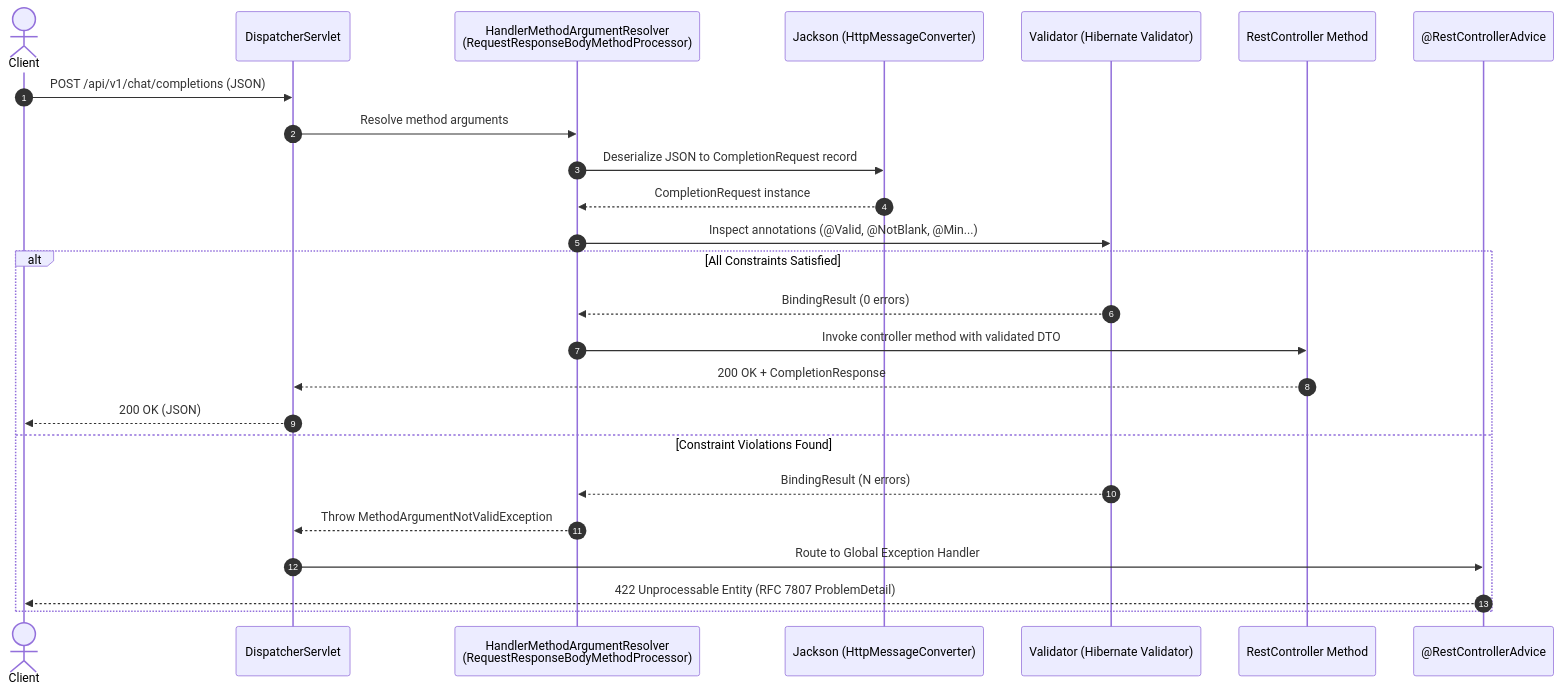
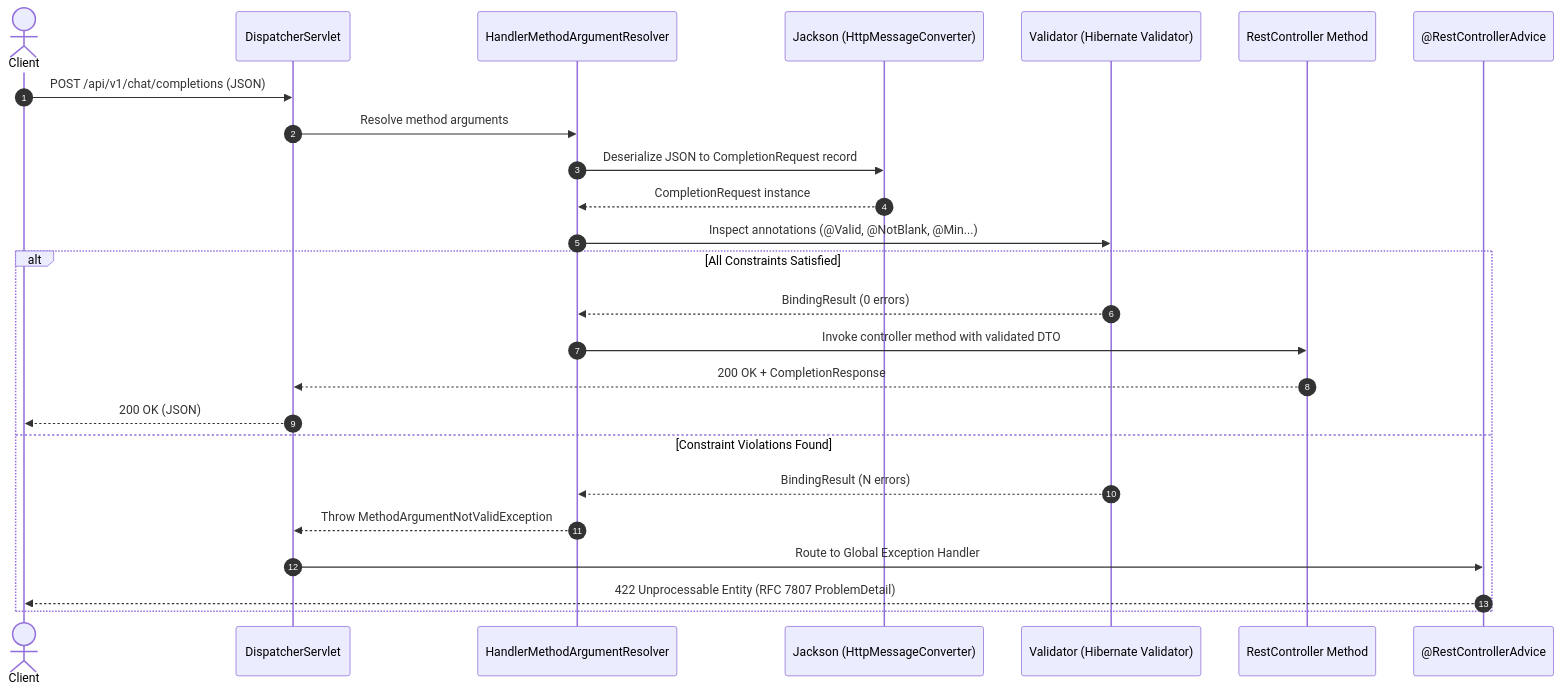
One commit to SrinuRenangi/Gen-AI-Java changed the diagram in Phase_03_Spring_Web_REST_APIs/Day_16_Validation_DTOs_Response_Design/Day_16_Validation_DTOs_Response_Design.md. Above: the diagram before and after it, drawn with Mermaid. The commit also changed other lines of this file and 5 other files, not shown here.

````diff
--- a/Phase_03_Spring_Web_REST_APIs/Day_16_Validation_DTOs_Response_Design/Day_16_Validation_DTOs_Response_Design.md
+++ b/Phase_03_Spring_Web_REST_APIs/Day_16_Validation_DTOs_Response_Design/Day_16_Validation_DTOs_Response_Design.md
@@ -197,28 +167,28 @@
 ```mermaid
 sequenceDiagram
     autonumber
     actor Client
     participant DS as DispatcherServlet
-    participant HMA as HandlerMethodArgumentResolver<br/>(RequestResponseBodyMethodProcessor)
+    participant HMA as HandlerMethodArgumentResolver
     participant JCK as Jackson (HttpMessageConverter)
     participant VAL as Validator (Hibernate Validator)
     participant CTL as RestController Method
     participant ADV as @RestControllerAdvice
 
     Client->>DS: POST /api/v1/chat/completions (JSON)
     DS->>HMA: Resolve method arguments
     HMA->>JCK: Deserialize JSON to CompletionRequest record
     JCK-->>HMA: CompletionRequest instance
     HMA->>VAL: Inspect annotations (@Valid, @NotBlank, @Min...)
     alt All Constraints Satisfied
         VAL-->>HMA: BindingResult (0 errors)
         HMA->>CTL: Invoke controller method with validated DTO
         CTL-->>DS: 200 OK + CompletionResponse
         DS-->>Client: 200 OK (JSON)
     else Constraint Violations Found
         VAL-->>HMA: BindingResult (N errors)
         HMA-->>DS: Throw MethodArgumentNotValidException
         DS->>ADV: Route to Global Exception Handler
         ADV-->>Client: 422 Unprocessable Entity (RFC 7807 ProblemDetail)
     end
 ```
````
